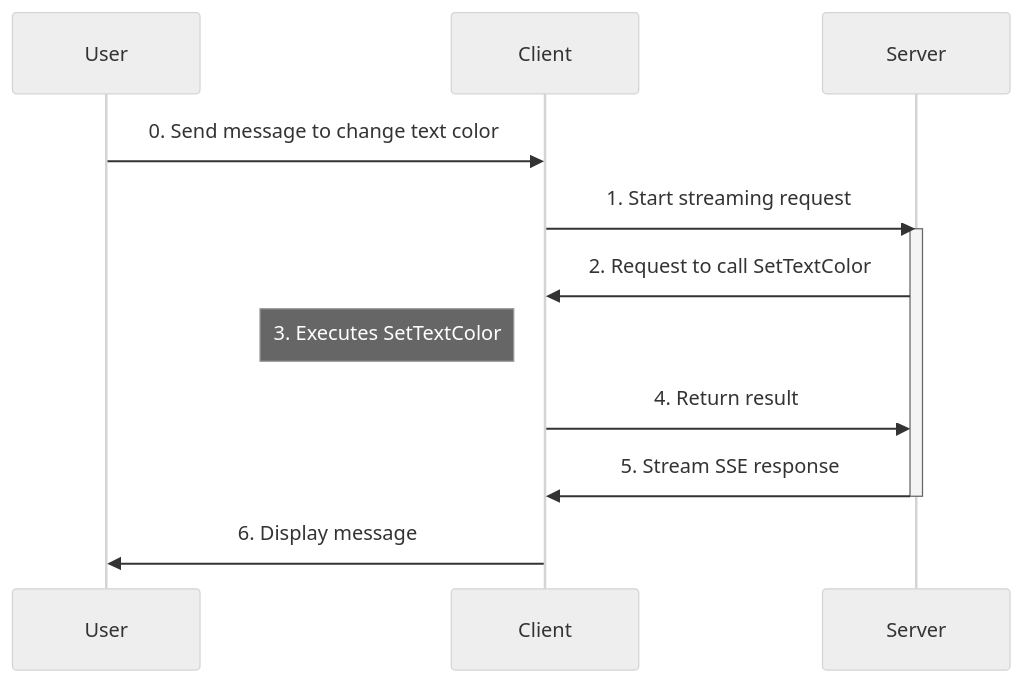
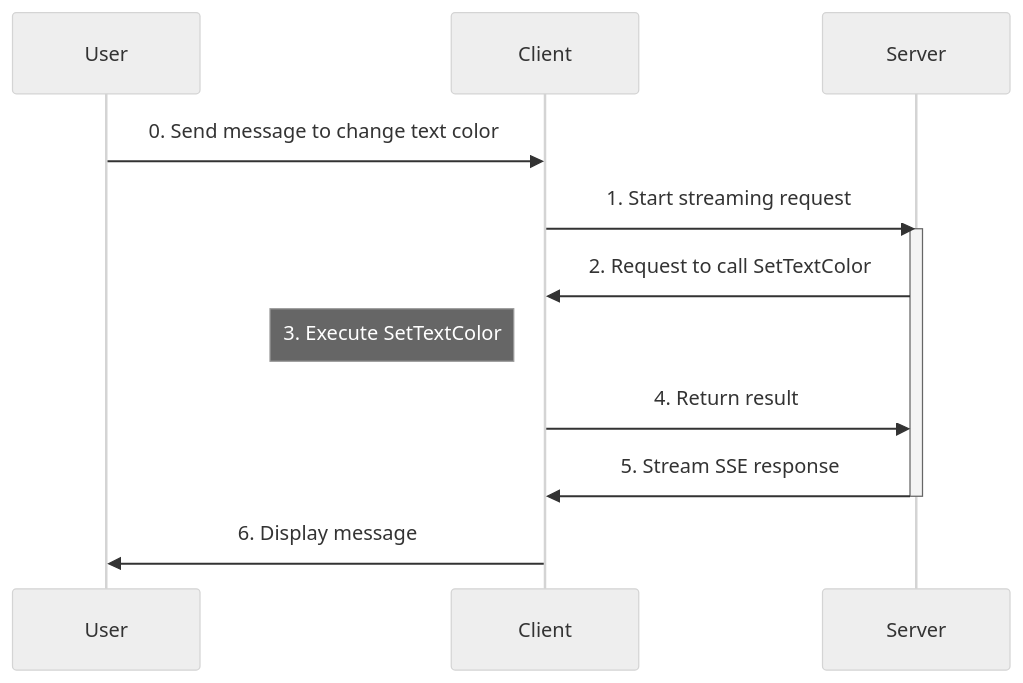
One commit to jasmin-software/dotnet_agui_workshop changed the second of 2 diagrams in Workshop/3. Tools/README.md. Above: the diagram before and after it, drawn with Mermaid (neutral theme). The commit also changed other lines of this file and 1 other file, not shown here.

````diff
--- a/Workshop/3. Tools/README.md
+++ b/Workshop/3. Tools/README.md
@@ -127,12 +150,12 @@
 ```mermaid
 sequenceDiagram;
    User->>Client:   0. Send message to change text color
    Client->>Server: 1. Start streaming request
    activate Server
    Server->>Client: 2. Request to call SetTextColor
-   Note left of Client: 3. Executes SetTextColor
+   Note left of Client: 3. Execute SetTextColor
    Client->>Server: 4. Return result
    Server->>Client: 5. Stream SSE response
    deactivate Server
    Client->>User: 6. Display message
 ```
````
